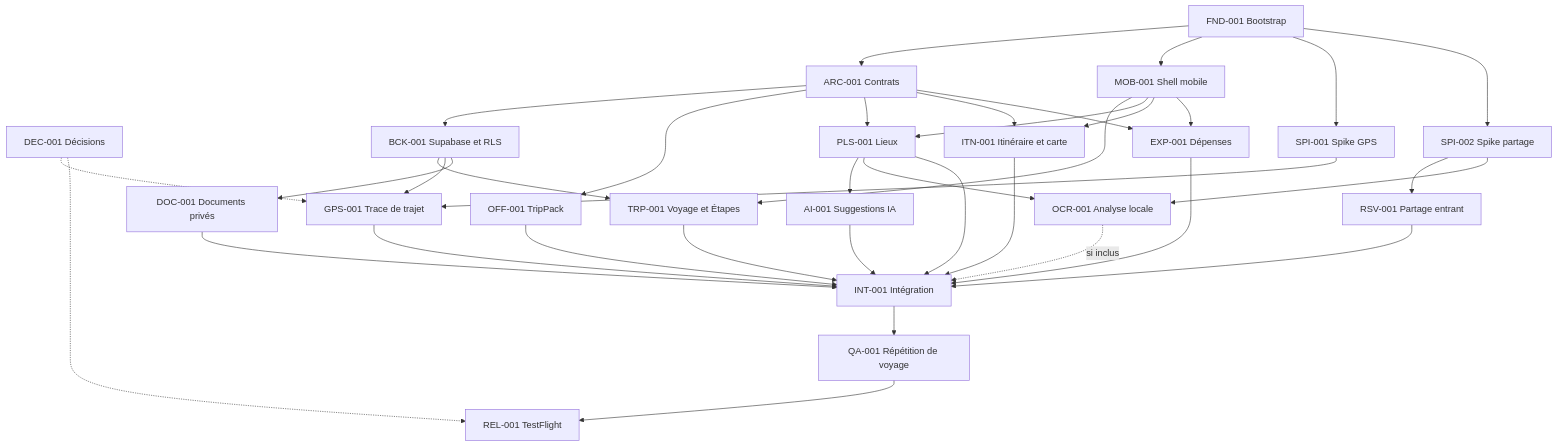
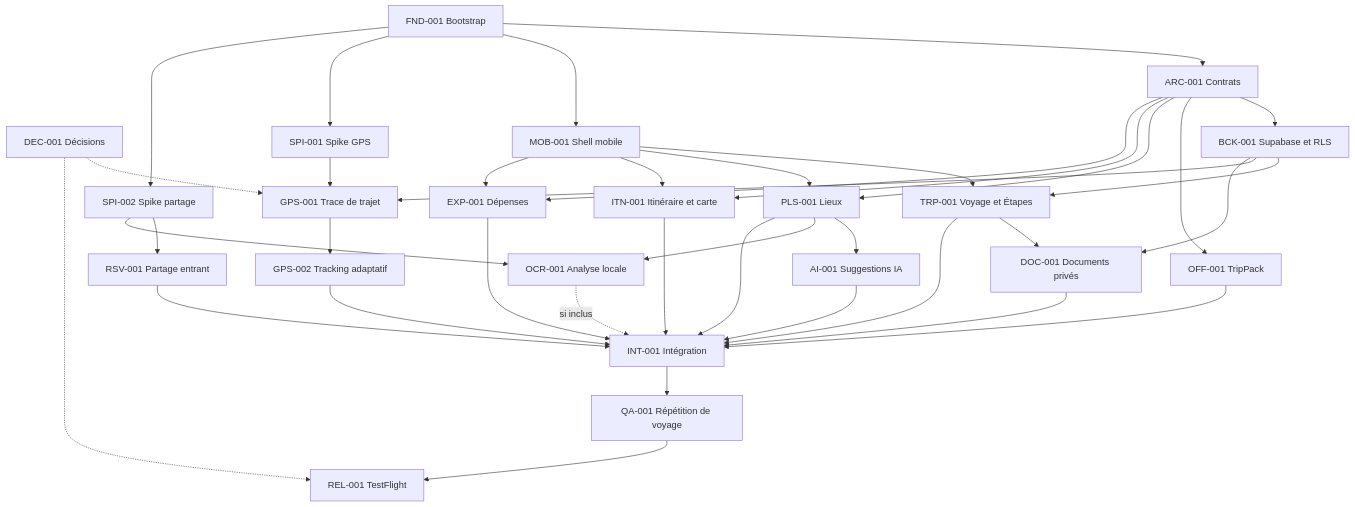
Before and after one commit to aaboujaafar/naveyo_travel_app: the diagram in TASKS.md, drawn with Mermaid. The commit also changed other lines of this file, not shown here.

Commit message:
docs(tasks): schedule document and adaptive GPS work

````diff
--- a/TASKS.md
+++ b/TASKS.md
@@ -103,45 +104,47 @@
 ```mermaid
 flowchart TD
     DEC["DEC-001 Décisions"] -.-> GPS["GPS-001 Trace de trajet"]
     DEC -.-> REL["REL-001 TestFlight"]
 
     FND["FND-001 Bootstrap"] --> ARC["ARC-001 Contrats"]
     FND --> MOB["MOB-001 Shell mobile"]
     FND --> SGPS["SPI-001 Spike GPS"]
     FND --> SSHARE["SPI-002 Spike partage"]
 
     ARC --> BCK["BCK-001 Supabase et RLS"]
     ARC --> OFF["OFF-001 TripPack"]
     ARC --> PLS["PLS-001 Lieux"]
     ARC --> ITN["ITN-001 Itinéraire et carte"]
     ARC --> EXP["EXP-001 Dépenses"]
 
     BCK --> TRP["TRP-001 Voyage et Étapes"]
     MOB --> TRP
     MOB --> PLS
     MOB --> ITN
     MOB --> EXP
 
     PLS --> AI["AI-001 Suggestions IA"]
     SGPS --> GPS
     BCK --> GPS
+    GPS --> AGPS["GPS-002 Tracking adaptatif"]
 
     SSHARE --> RSV["RSV-001 Partage entrant"]
     BCK --> DOC["DOC-001 Documents privés"]
+    TRP --> DOC
     SSHARE --> OCR["OCR-001 Analyse locale"]
     PLS --> OCR
 
     TRP --> INT["INT-001 Intégration"]
     OFF --> INT
     PLS --> INT
     ITN --> INT
     AI --> INT
     EXP --> INT
-    GPS --> INT
+    AGPS --> INT
     RSV --> INT
     DOC --> INT
     OCR -. "si inclus" .-> INT
 
     INT --> QA["QA-001 Répétition de voyage"]
     QA --> REL
 ```
````
